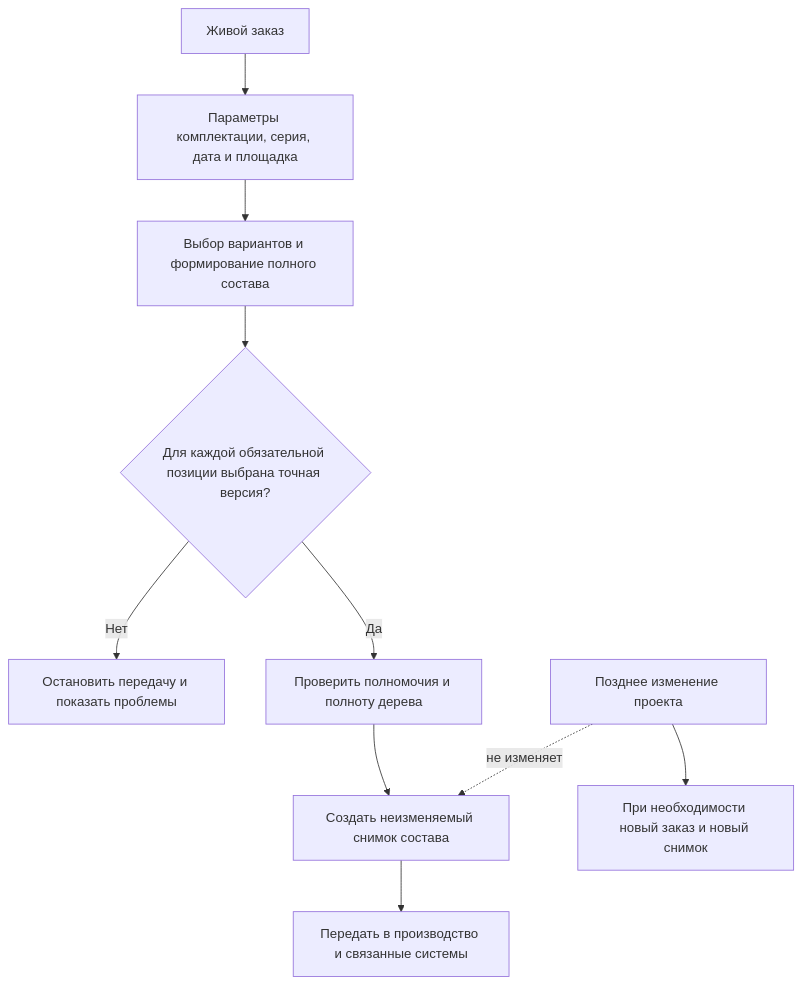
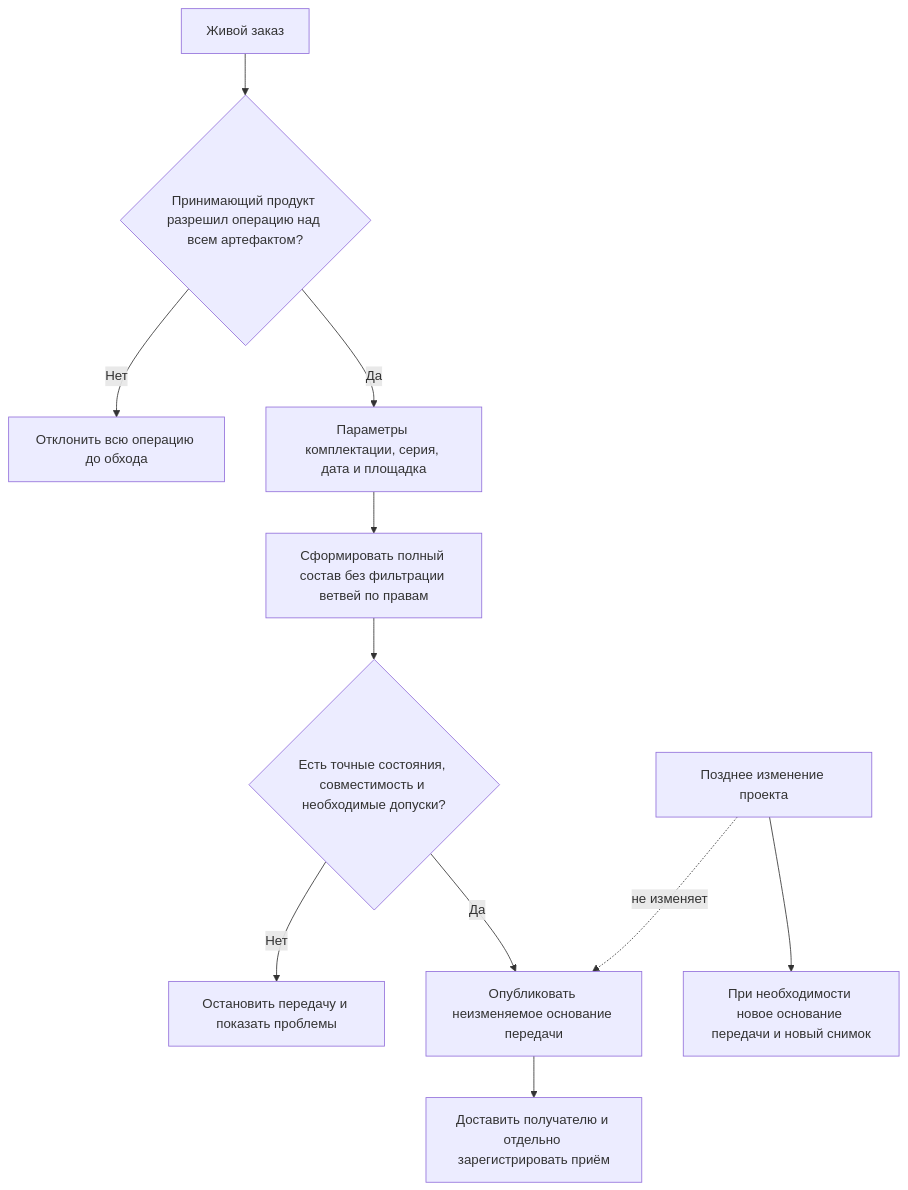
The first of 2 diagrams in docs/version-selection/16-order-and-snapshot.md (ZelAnton/Interlink-product-book), drawn with Mermaid before and after one commit. The commit also changed other lines of this file and 231 other files, not shown here.

````diff
--- a/docs/version-selection/16-order-and-snapshot.md
+++ b/docs/version-selection/16-order-and-snapshot.md
@@ -33,12 +37,13 @@
 ```mermaid
 flowchart TD
-    A["Живой заказ"] --> B["Параметры комплектации, серия, дата и площадка"]
-    B --> C["Выбор вариантов и формирование полного состава"]
-    C --> D{"Для каждой обязательной позиции выбрана точная версия?"}
+    A["Живой заказ"] --> P{"Принимающий продукт разрешил операцию над всем артефактом?"}
+    P -->|"Нет"| Q["Отклонить всю операцию до обхода"]
+    P -->|"Да"| B["Параметры комплектации, серия, дата и площадка"]
+    B --> C["Сформировать полный состав без фильтрации ветвей по правам"]
+    C --> D{"Есть точные состояния, совместимость и необходимые допуски?"}
     D -->|Нет| E["Остановить передачу и показать проблемы"]
-    D -->|Да| F["Проверить полномочия и полноту дерева"]
-    F --> G["Создать неизменяемый снимок состава"]
-    G --> H["Передать в производство и связанные системы"]
+    D -->|Да| G["Опубликовать неизменяемое основание передачи"]
+    G --> H["Доставить получателю и отдельно зарегистрировать приём"]
     I["Позднее изменение проекта"] -.->|не изменяет| G
-    I --> J["При необходимости новый заказ и новый снимок"]
+    I --> J["При необходимости новое основание передачи и новый снимок"]
 ```
````
